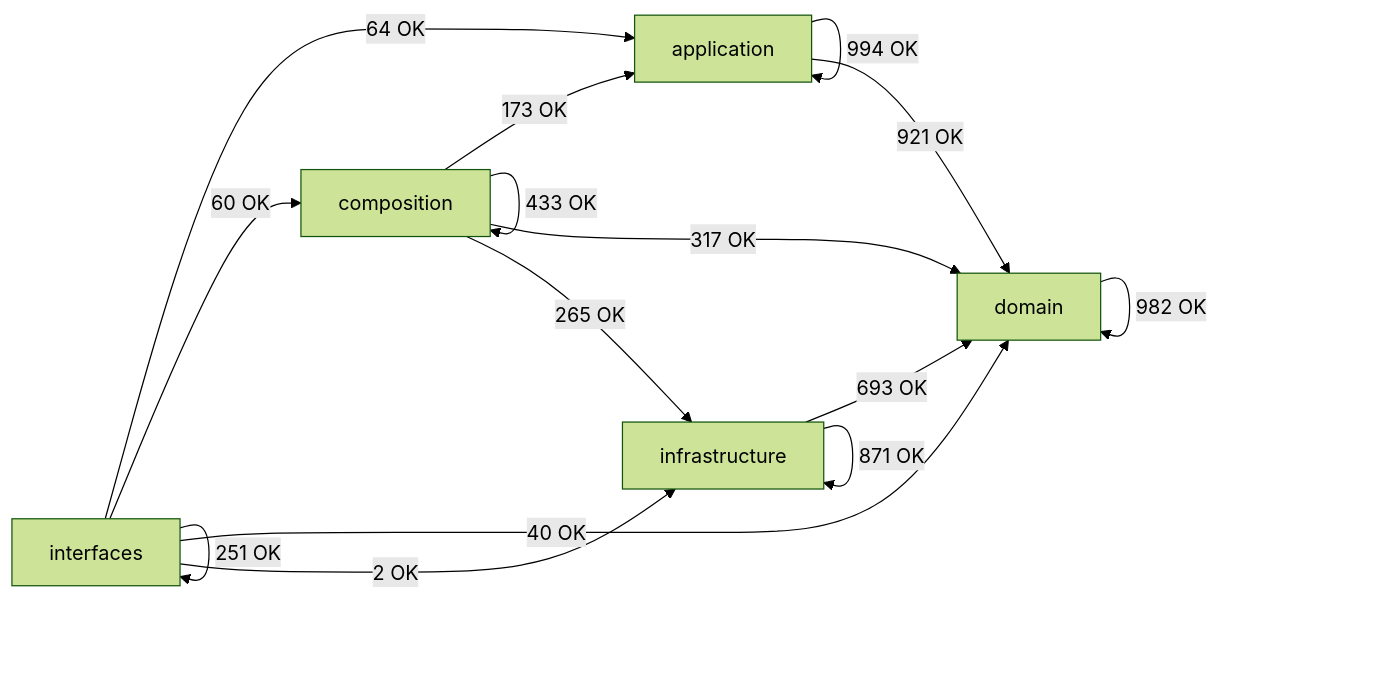
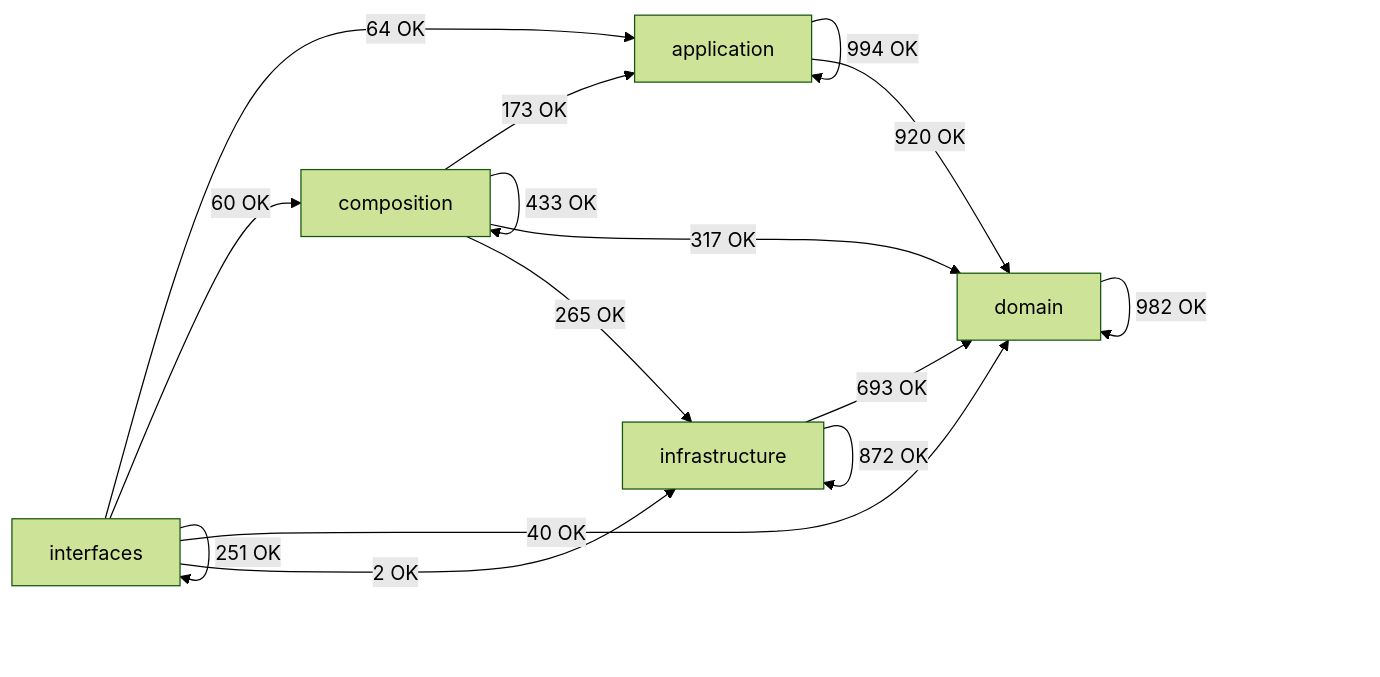
The diagram in docs/02-architecture/generated/module-dependency-map.md (SatoryKono/BioactivityDataAcquisition), drawn with Mermaid (forest theme) before and after one commit. The commit also changed other lines of this file and 27 other files, not shown here.

````diff
--- a/docs/02-architecture/generated/module-dependency-map.md
+++ b/docs/02-architecture/generated/module-dependency-map.md
@@ -17,22 +17,22 @@
 ```mermaid
 flowchart LR
     domain[domain]
     application[application]
     infrastructure[infrastructure]
     composition[composition]
     interfaces[interfaces]
     application -->|994 OK| application
-    application -->|921 OK| domain
+    application -->|920 OK| domain
     composition -->|173 OK| application
     composition -->|433 OK| composition
     composition -->|317 OK| domain
     composition -->|265 OK| infrastructure
     domain -->|982 OK| domain
     infrastructure -->|693 OK| domain
-    infrastructure -->|871 OK| infrastructure
+    infrastructure -->|872 OK| infrastructure
     interfaces -->|64 OK| application
     interfaces -->|60 OK| composition
     interfaces -->|40 OK| domain
     interfaces -->|2 OK| infrastructure
     interfaces -->|251 OK| interfaces
 ```
````
